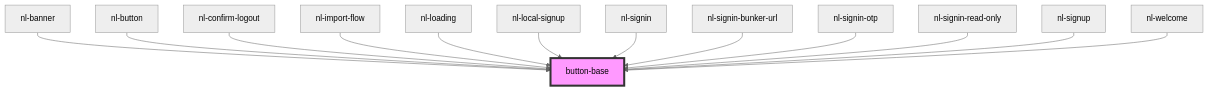
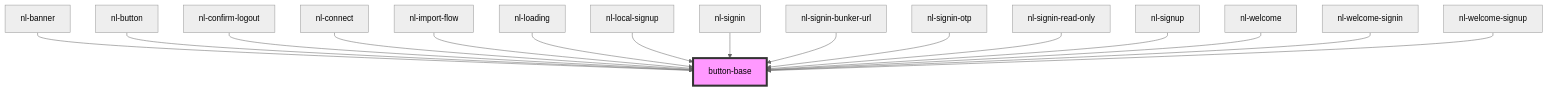
The diagram in packages/components/src/components/button-base/readme.md (nostrband/nostr-login), drawn with Mermaid (neutral theme) before and after one commit. The commit also changed other lines of this file and 41 other files, not shown here.

````diff
--- a/packages/components/src/components/button-base/readme.md
+++ b/packages/components/src/components/button-base/readme.md
@@ -34,16 +39,19 @@
 ```mermaid
 graph TD;
   nl-banner --> button-base
   nl-button --> button-base
   nl-confirm-logout --> button-base
+  nl-connect --> button-base
   nl-import-flow --> button-base
   nl-loading --> button-base
   nl-local-signup --> button-base
   nl-signin --> button-base
   nl-signin-bunker-url --> button-base
   nl-signin-otp --> button-base
   nl-signin-read-only --> button-base
   nl-signup --> button-base
   nl-welcome --> button-base
+  nl-welcome-signin --> button-base
+  nl-welcome-signup --> button-base
   style button-base fill:#f9f,stroke:#333,stroke-width:4px
 ```
````
